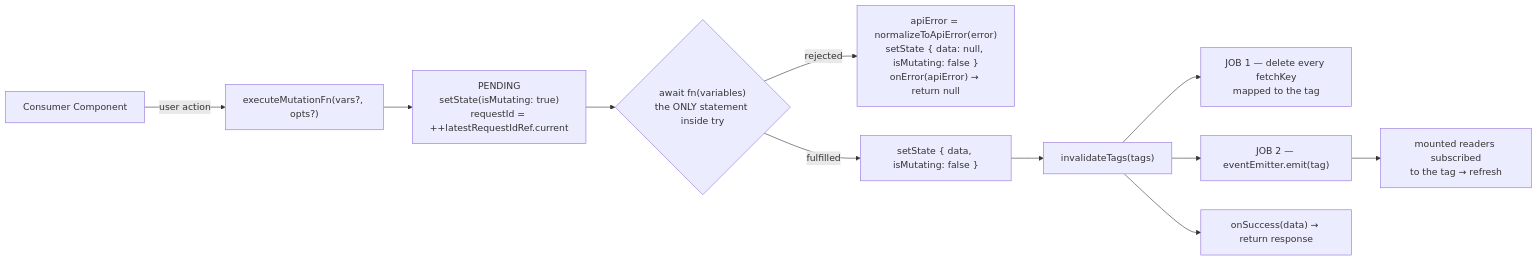
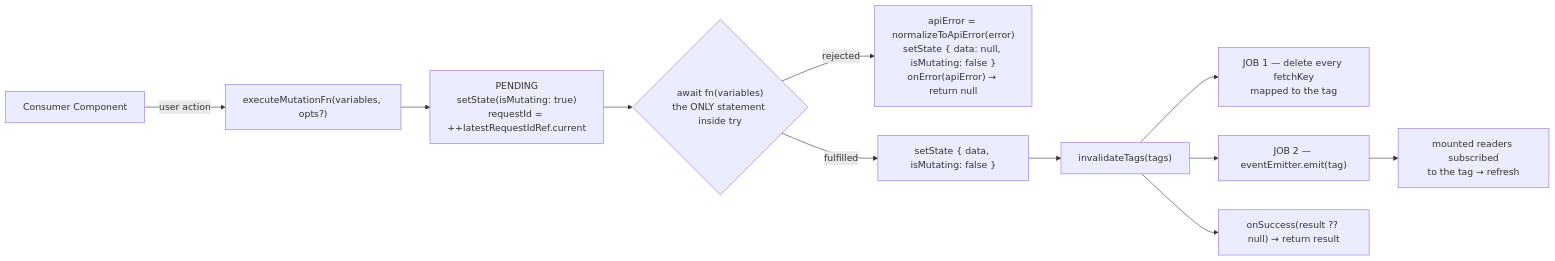
Before and after one commit to chuhaiphu/fetchwire: the first of 4 diagrams in docs/architecture/USE-MUTATION-FN-FLOW.md, drawn with Mermaid. The commit also changed other lines of this file and 18 other files, not shown here.

First line of the commit message:
refactor: update mutation and fetch hooks to return raw data instead of HttpResponse

````diff
--- a/docs/architecture/USE-MUTATION-FN-FLOW.md
+++ b/docs/architecture/USE-MUTATION-FN-FLOW.md
@@ -36,15 +36,15 @@
 ```mermaid
 flowchart LR
-    Cmp["Consumer Component"] -->|"user action"| EXE["executeMutationFn(vars?, opts?)"]
+    Cmp["Consumer Component"] -->|"user action"| EXE["executeMutationFn(variables, opts?)"]
     EXE --> PEND["PENDING<br/>setState(isMutating: true)<br/>requestId = ++latestRequestIdRef.current"]
     PEND --> TRY{"await fn(variables)<br/>the ONLY statement inside try"}
 
     TRY -->|"rejected"| ERRS["apiError = normalizeToApiError(error)<br/>setState { data: null, isMutating: false }<br/>onError(apiError) → return null"]
 
     TRY -->|"fulfilled"| OKS["setState { data, isMutating: false }"]
     OKS --> INV["invalidateTags(tags)"]
     INV --> CLR["JOB 1 — delete every fetchKey<br/>mapped to the tag"]
     INV --> EMIT["JOB 2 — eventEmitter.emit(tag)"]
     EMIT --> RD["mounted readers subscribed<br/>to the tag → refresh"]
-    INV --> OK["onSuccess(data) → return response"]
+    INV --> OK["onSuccess(result ?? null) → return result"]
 ```
````
